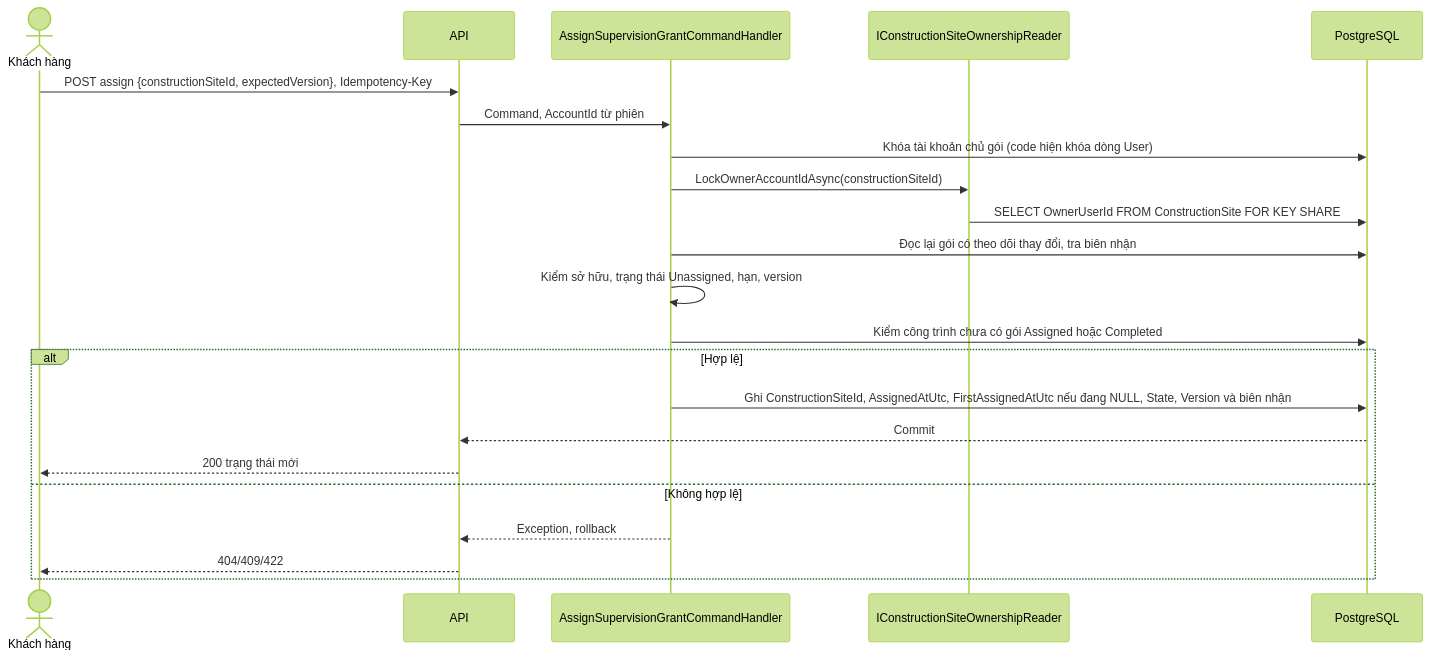
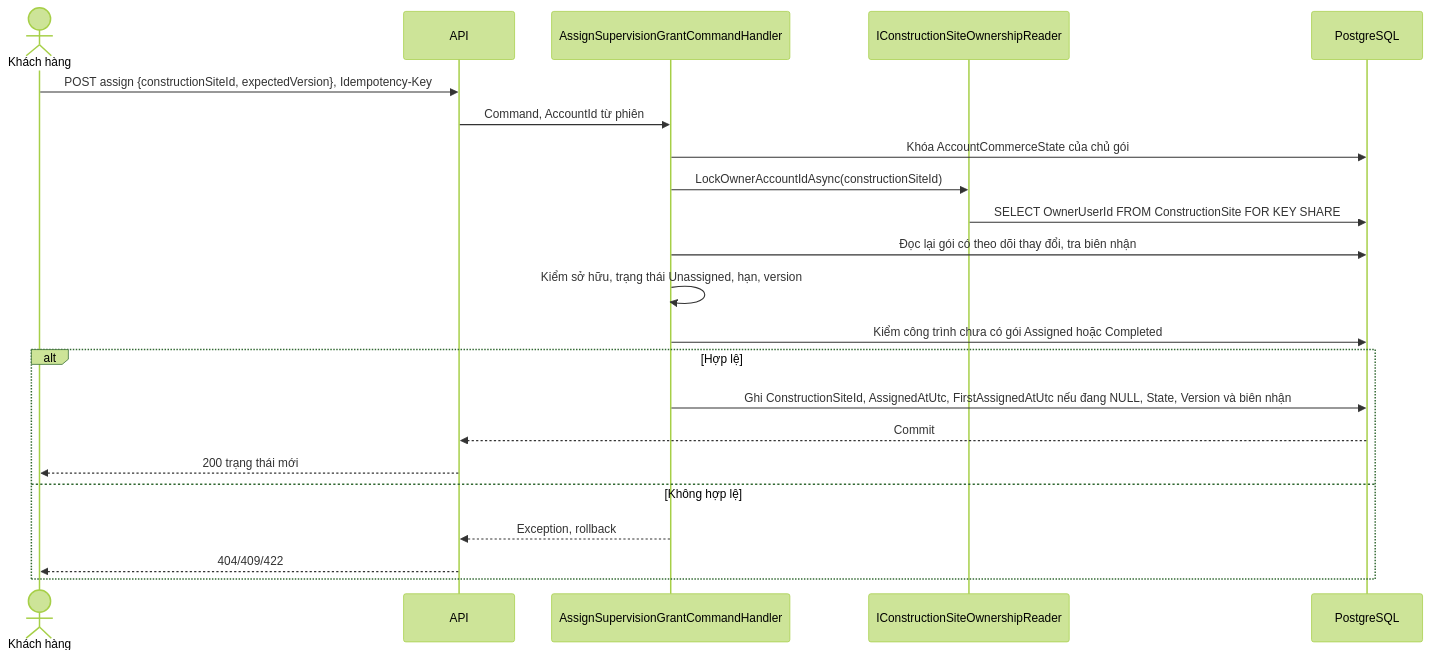
One commit to TaskCoper/bmt-documentation changed the second of 5 diagrams in tdd/TDD-SUB-004.md. Above: the diagram before and after it, drawn with Mermaid (forest theme). The commit also changed other lines of this file and 14 other files, not shown here.

First line of the commit message:
docs: đồng bộ tài liệu với khóa AccountCommerceState, thanh toán và bản dự toán đã triển khai

````diff
--- a/tdd/TDD-SUB-004.md
+++ b/tdd/TDD-SUB-004.md
@@ -146,24 +145,24 @@
 ```mermaid
 sequenceDiagram
     actor U as Khách hàng
     participant A as API
     participant H as AssignSupervisionGrantCommandHandler
     participant O as IConstructionSiteOwnershipReader
     participant D as PostgreSQL
     U->>A: POST assign {constructionSiteId, expectedVersion}, Idempotency-Key
     A->>H: Command, AccountId từ phiên
-    H->>D: Khóa tài khoản chủ gói (code hiện khóa dòng User)
+    H->>D: Khóa AccountCommerceState của chủ gói
     H->>O: LockOwnerAccountIdAsync(constructionSiteId)
     O->>D: SELECT OwnerUserId FROM ConstructionSite FOR KEY SHARE
     H->>D: Đọc lại gói có theo dõi thay đổi, tra biên nhận
     H->>H: Kiểm sở hữu, trạng thái Unassigned, hạn, version
     H->>D: Kiểm công trình chưa có gói Assigned hoặc Completed
     alt Hợp lệ
       H->>D: Ghi ConstructionSiteId, AssignedAtUtc, FirstAssignedAtUtc nếu đang NULL, State, Version và biên nhận
       D-->>A: Commit
       A-->>U: 200 trạng thái mới
     else Không hợp lệ
       H-->>A: Exception, rollback
       A-->>U: 404/409/422
     end
 ```
````
